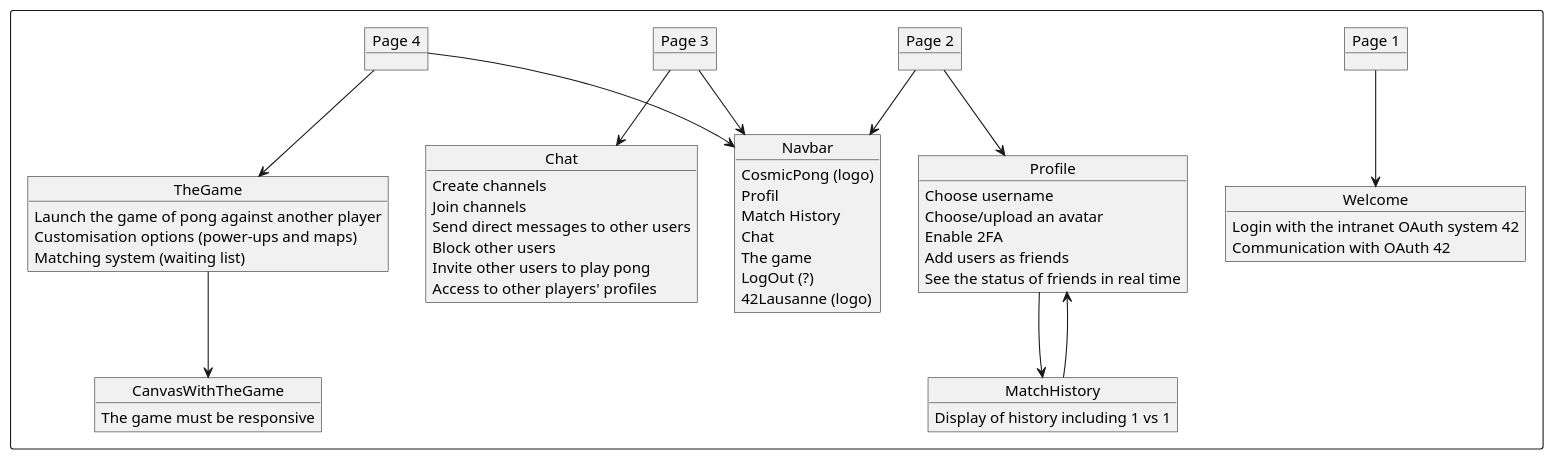
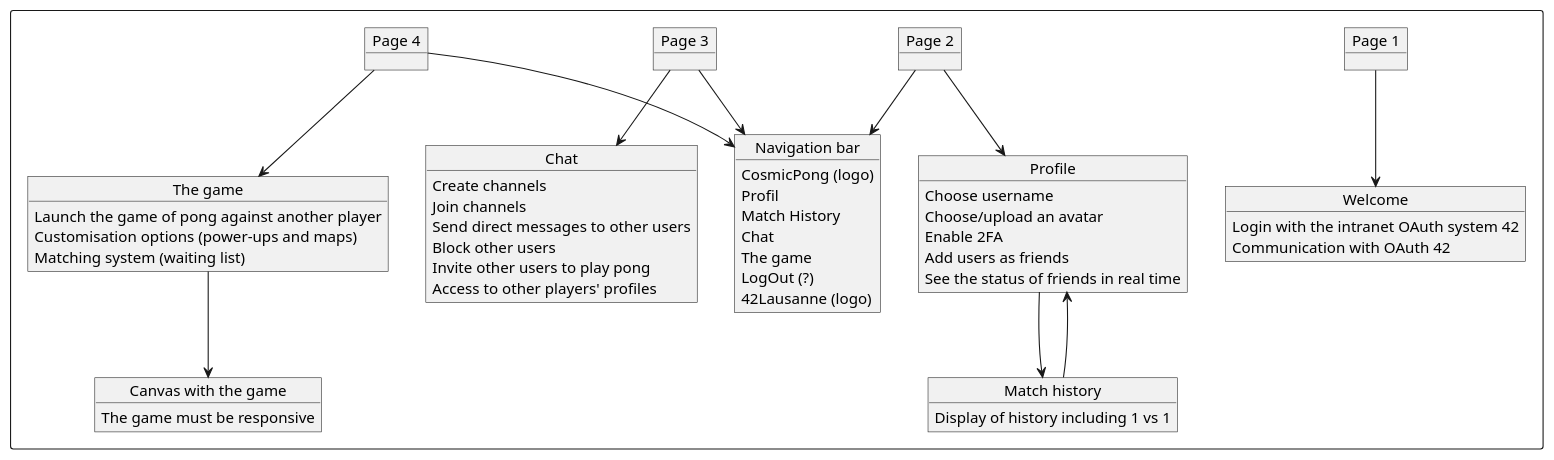
Before and after one commit to eprei/42_ft_transcendence: the second of 2 diagrams in docs/README.adoc, drawn with PlantUML. The commit also changed other lines of this file and 3 other files, not shown here.

```diff
--- a/docs/README.adoc
+++ b/docs/README.adoc
@@ -168,67 +168,67 @@
 [plantuml, target=assets/design, format=svg, width=100%]
 ....
 rectangle {
 
 	object "Page 1" as Page1
 	object "Page 2" as Page2
 	object "Page 3" as Page3
 	object "Page 4" as Page4
 
 	object Welcome {
 		Login with the intranet OAuth system 42
 		Communication with OAuth 42
 	}
 
 	object Profile {
 		Choose username
 		Choose/upload an avatar
 		Enable 2FA
 		Add users as friends
 		See the status of friends in real time
 	}
 
-	object MatchHistory{
+	object "Match history" as MatchHistory{
 		Display of history including 1 vs 1
 	}
 
 	object Chat{
 		Create channels
 		Join channels
 		Send direct messages to other users
 		Block other users
 		Invite other users to play pong
 		Access to other players' profiles
 	}
 
-	object Navbar{
+	object "Navigation bar" as Navbar{
 		CosmicPong (logo)
 		Profil
 		Match History
 		Chat
 		The game
 		LogOut (?)
 		42Lausanne (logo)
 	}
 
-	object TheGame{
+	object "The game" as TheGame {
 		Launch the game of pong against another player
 		Customisation options (power-ups and maps)
 		Matching system (waiting list)
 	}
 
-	object CanvasWithTheGame{
+	object "Canvas with the game" as CanvasWithTheGame{
 		The game must be responsive
 	}
 
 	Page1 --> Welcome
 	Page2 --> Profile
 	Page2 --> Navbar
 	Profile --> MatchHistory
 	MatchHistory --> Profile
 	Page3 --> Chat
 	Page3 --> Navbar
 	Page4 --> TheGame
 	TheGame --> CanvasWithTheGame
 	Page4 --> Navbar
 }
 ....
```
